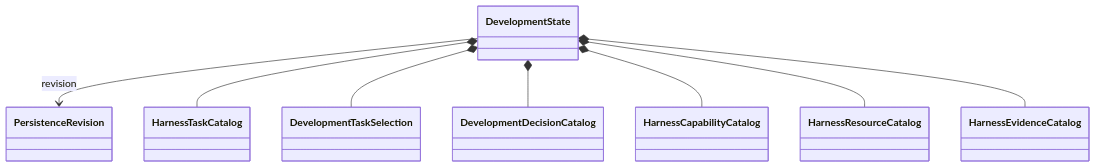
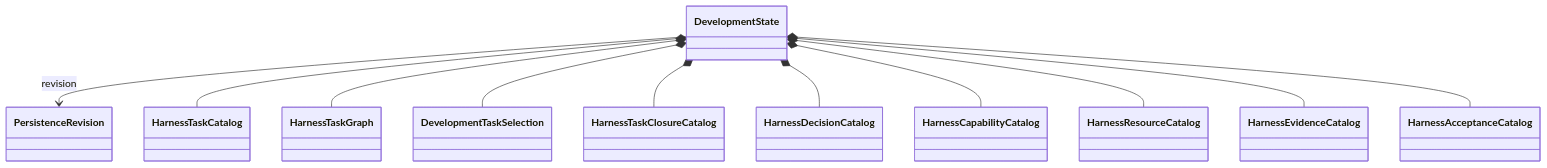
The diagram in docs/architecture/v2/harness/persistence.md (eragasa/ksdft2effmass), drawn with Mermaid before and after one commit. The commit also changed other lines of this file and 85 other files, not shown here.

Commit message:
docs(architecture): define workflow and harness agent v2

````diff
--- a/docs/architecture/v2/harness/persistence.md
+++ b/docs/architecture/v2/harness/persistence.md
@@ -9,19 +11,25 @@
 ```mermaid
 classDiagram
     class DevelopmentState
     class HarnessTaskCatalog
+    class HarnessTaskGraph
     class DevelopmentTaskSelection
-    class DevelopmentDecisionCatalog
+    class HarnessTaskClosureCatalog
+    class HarnessDecisionCatalog
     class HarnessCapabilityCatalog
     class HarnessResourceCatalog
     class HarnessEvidenceCatalog
+    class HarnessAcceptanceCatalog
     class PersistenceRevision
 
     DevelopmentState --> PersistenceRevision : revision
     DevelopmentState *-- HarnessTaskCatalog
+    DevelopmentState *-- HarnessTaskGraph
     DevelopmentState *-- DevelopmentTaskSelection
-    DevelopmentState *-- DevelopmentDecisionCatalog
+    DevelopmentState *-- HarnessTaskClosureCatalog
+    DevelopmentState *-- HarnessDecisionCatalog
     DevelopmentState *-- HarnessCapabilityCatalog
     DevelopmentState *-- HarnessResourceCatalog
     DevelopmentState *-- HarnessEvidenceCatalog
+    DevelopmentState *-- HarnessAcceptanceCatalog
 ```
````
